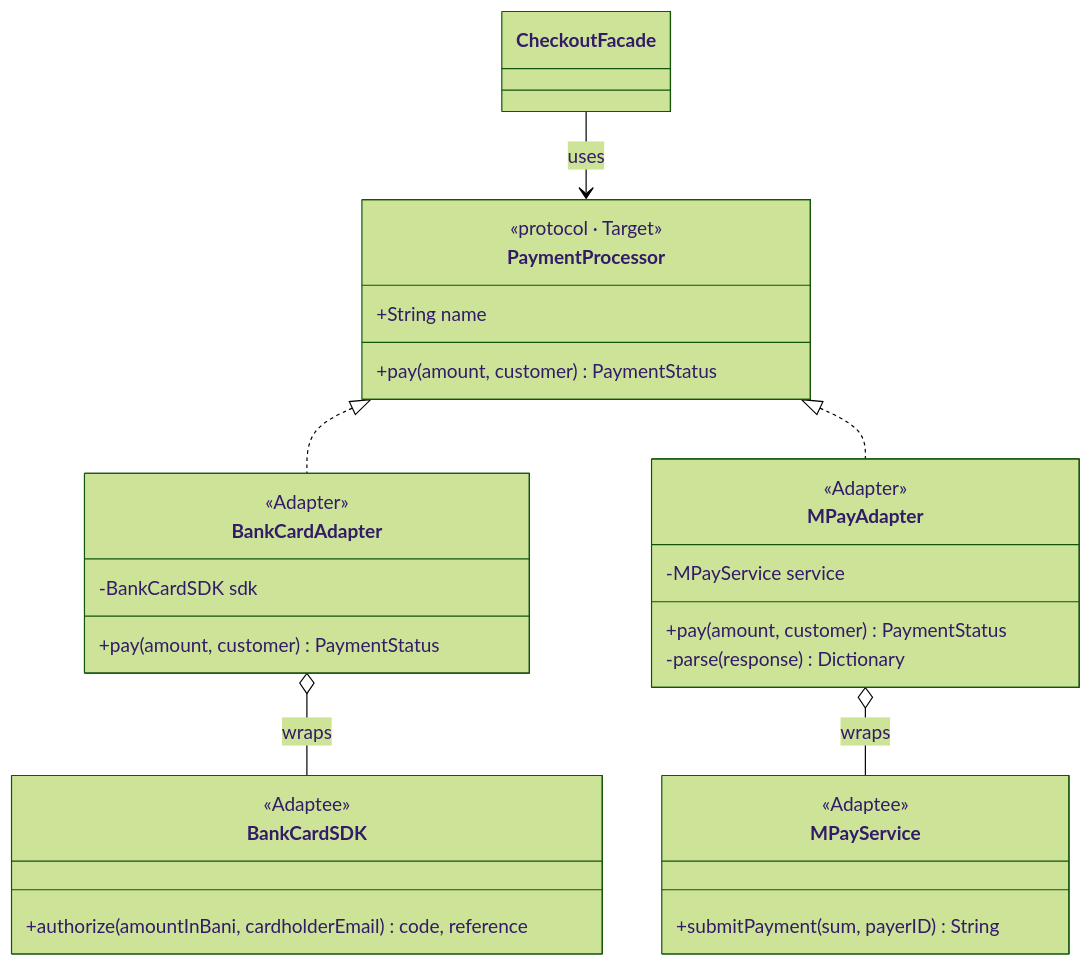
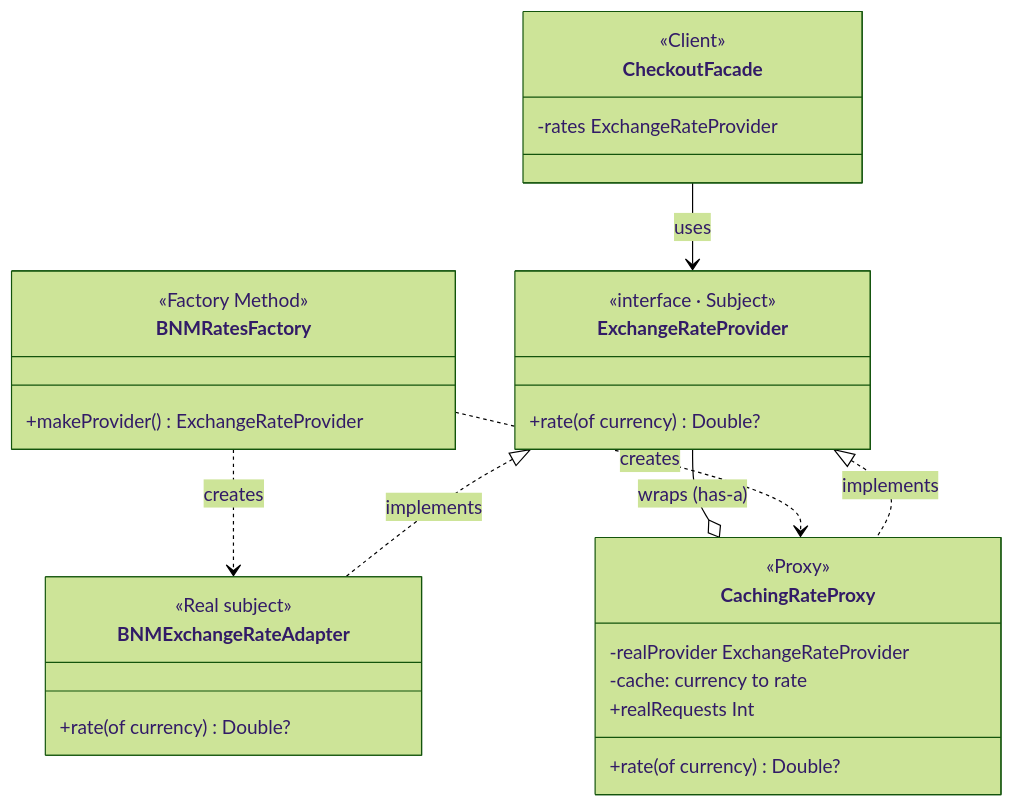
The third of 5 diagrams in lab2/report/REPORT.md (Afyze/tmps-2026-AugustinCarazanu), drawn with Mermaid (forest theme) before and after one commit. The commit also changed other lines of this file and 4 other files, not shown here.

Commit message:
Lab 2: REPORT.md (domain, UML diagrams, code, tests, conclusions) and README

````diff
--- a/lab2/report/REPORT.md
+++ b/lab2/report/REPORT.md
@@ -268,33 +185,32 @@
 ```mermaid
 classDiagram
-    class PaymentProcessor {
-        <<protocol · Target>>
-        +String name
-        +pay(amount, customer) PaymentStatus
+    class ExchangeRateProvider {
+        <<interface · Subject>>
+        +rate(of currency) Double?
     }
-    class BankCardAdapter {
-        <<Adapter>>
-        -BankCardSDK sdk
-        +pay(amount, customer) PaymentStatus
+    class BNMExchangeRateAdapter {
+        <<Real subject>>
+        +rate(of currency) Double?
     }
-    class MPayAdapter {
-        <<Adapter>>
-        -MPayService service
-        +pay(amount, customer) PaymentStatus
-        -parse(response) Dictionary
+    class CachingRateProxy {
+        <<Proxy>>
+        -realProvider ExchangeRateProvider
+        -cache: currency to rate
+        +realRequests Int
+        +rate(of currency) Double?
     }
-    class BankCardSDK {
-        <<Adaptee>>
-        +authorize(amountInBani, cardholderEmail) code, reference
+    class CheckoutFacade {
+        <<Client>>
+        -rates ExchangeRateProvider
     }
-    class MPayService {
-        <<Adaptee>>
-        +submitPayment(sum, payerID) String
+    class BNMRatesFactory {
+        <<Factory Method>>
+        +makeProvider() ExchangeRateProvider
     }
-    class CheckoutFacade
-    CheckoutFacade --> PaymentProcessor : uses
-    PaymentProcessor <|.. BankCardAdapter
-    PaymentProcessor <|.. MPayAdapter
-    BankCardAdapter o-- BankCardSDK : wraps
-    MPayAdapter o-- MPayService : wraps
+    ExchangeRateProvider <|.. BNMExchangeRateAdapter : implements
+    ExchangeRateProvider <|.. CachingRateProxy : implements
+    CachingRateProxy o-- ExchangeRateProvider : wraps (has-a)
+    CheckoutFacade --> ExchangeRateProvider : uses
+    BNMRatesFactory ..> CachingRateProxy : creates
+    BNMRatesFactory ..> BNMExchangeRateAdapter : creates
 ```
````
